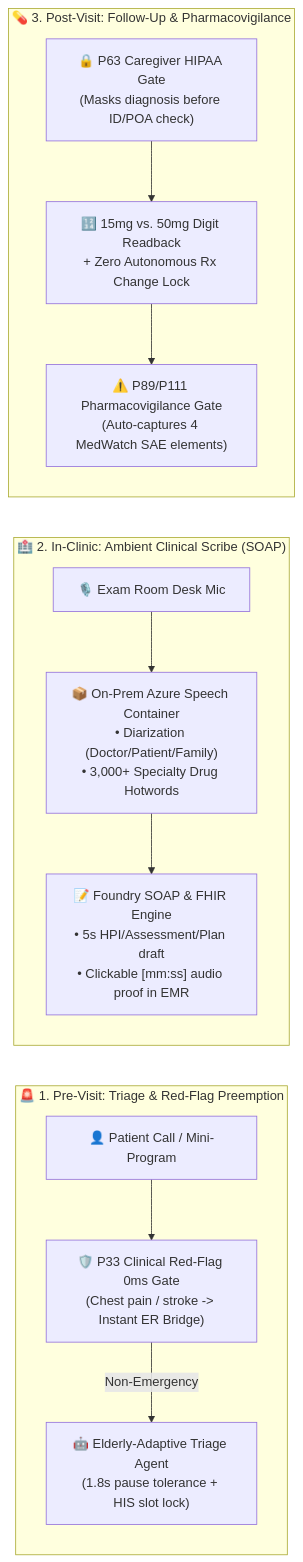
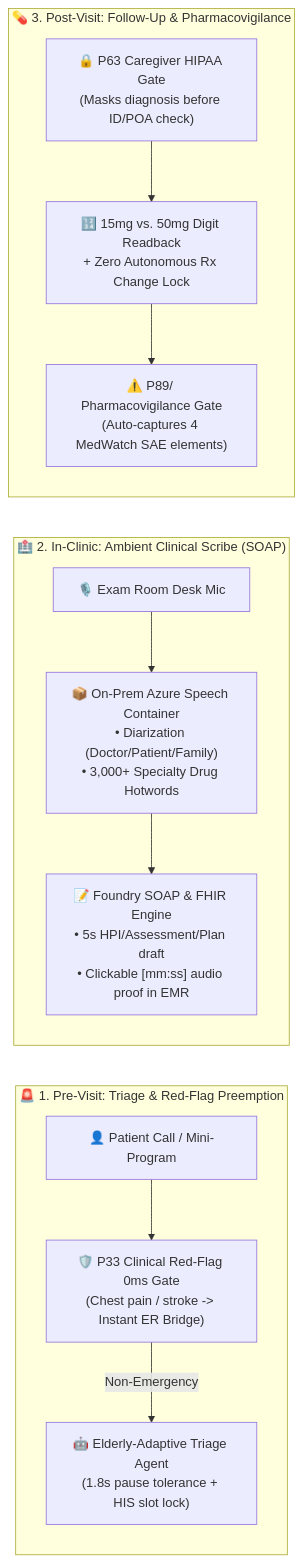
One commit to turbo998/voice-agent-lab changed the second of 3 diagrams in docs/healthcare-clinical-triage-chronic-followup-ambient-scribe-voice-selection-faq.en.md. Above: the diagram before and after it, drawn with Mermaid. The commit also changed other lines of this file and 715 other files, not shown here.

````diff
--- a/docs/healthcare-clinical-triage-chronic-followup-ambient-scribe-voice-selection-faq.en.md
+++ b/docs/healthcare-clinical-triage-chronic-followup-ambient-scribe-voice-selection-faq.en.md
@@ -98,26 +98,26 @@
 ```mermaid
 flowchart LR
-    subgraph PreVisit["🚨 1. Pre-Visit: Triage & Red-Flag Preemption"]
-        direction TB
-        Caller["👤 Patient Call / Mini-Program"]
-        RedFlag["🛡️ P33 Clinical Red-Flag 0ms Gate<br/>(Chest pain / stroke -> Instant ER Bridge)"]
-        TriageBot["🤖 Elderly-Adaptive Triage Agent<br/>(1.8s pause tolerance + HIS slot lock)"]
-        Caller --> RedFlag -->|"Non-Emergency"| TriageBot
-    end
+ subgraph PreVisit["🚨 1. Pre-Visit: Triage & Red-Flag Preemption"]
+ direction TB
+ Caller["👤 Patient Call / Mini-Program"]
+ RedFlag["🛡️ P33 Clinical Red-Flag 0ms Gate<br/>(Chest pain / stroke -> Instant ER Bridge)"]
+ TriageBot["🤖 Elderly-Adaptive Triage Agent<br/>(1.8s pause tolerance + HIS slot lock)"]
+ Caller --> RedFlag -->|"Non-Emergency"| TriageBot
+ end
 
-    subgraph InClinic["🏥 2. In-Clinic: Ambient Clinical Scribe (SOAP)"]
-        direction TB
-        RoomMic["🎙️ Exam Room Desk Mic"]
-        SpeechCont["📦 On-Prem Azure Speech Container<br/>• Diarization (Doctor/Patient/Family)<br/>• 3,000+ Specialty Drug Hotwords"]
-        SoapGen["📝 Foundry SOAP & FHIR Engine<br/>• 5s HPI/Assessment/Plan draft<br/>• Clickable [mm:ss] audio proof in EMR"]
-        RoomMic --> SpeechCont --> SoapGen
-    end
+ subgraph InClinic["🏥 2. In-Clinic: Ambient Clinical Scribe (SOAP)"]
+ direction TB
+ RoomMic["🎙️ Exam Room Desk Mic"]
+ SpeechCont["📦 On-Prem Azure Speech Container<br/>• Diarization (Doctor/Patient/Family)<br/>• 3,000+ Specialty Drug Hotwords"]
+ SoapGen["📝 Foundry SOAP & FHIR Engine<br/>• 5s HPI/Assessment/Plan draft<br/>• Clickable [mm:ss] audio proof in EMR"]
+ RoomMic --> SpeechCont --> SoapGen
+ end
 
-    subgraph PostVisit["💊 3. Post-Visit: Follow-Up & Pharmacovigilance"]
-        direction TB
-        PrivacyGate["🔒 P63 Caregiver HIPAA Gate<br/>(Masks diagnosis before ID/POA check)"]
-        DosageCheck["🔢 15mg vs. 50mg Digit Readback<br/>+ Zero Autonomous Rx Change Lock"]
-        SaeReport["⚠️ P89/P111 Pharmacovigilance Gate<br/>(Auto-captures 4 MedWatch SAE elements)"]
-        PrivacyGate --> DosageCheck --> SaeReport
-    end
+ subgraph PostVisit["💊 3. Post-Visit: Follow-Up & Pharmacovigilance"]
+ direction TB
+ PrivacyGate["🔒 P63 Caregiver HIPAA Gate<br/>(Masks diagnosis before ID/POA check)"]
+ DosageCheck["🔢 15mg vs. 50mg Digit Readback<br/>+ Zero Autonomous Rx Change Lock"]
+ SaeReport["⚠️ P89/ Pharmacovigilance Gate<br/>(Auto-captures 4 MedWatch SAE elements)"]
+ PrivacyGate --> DosageCheck --> SaeReport
+ end
 ```
````
